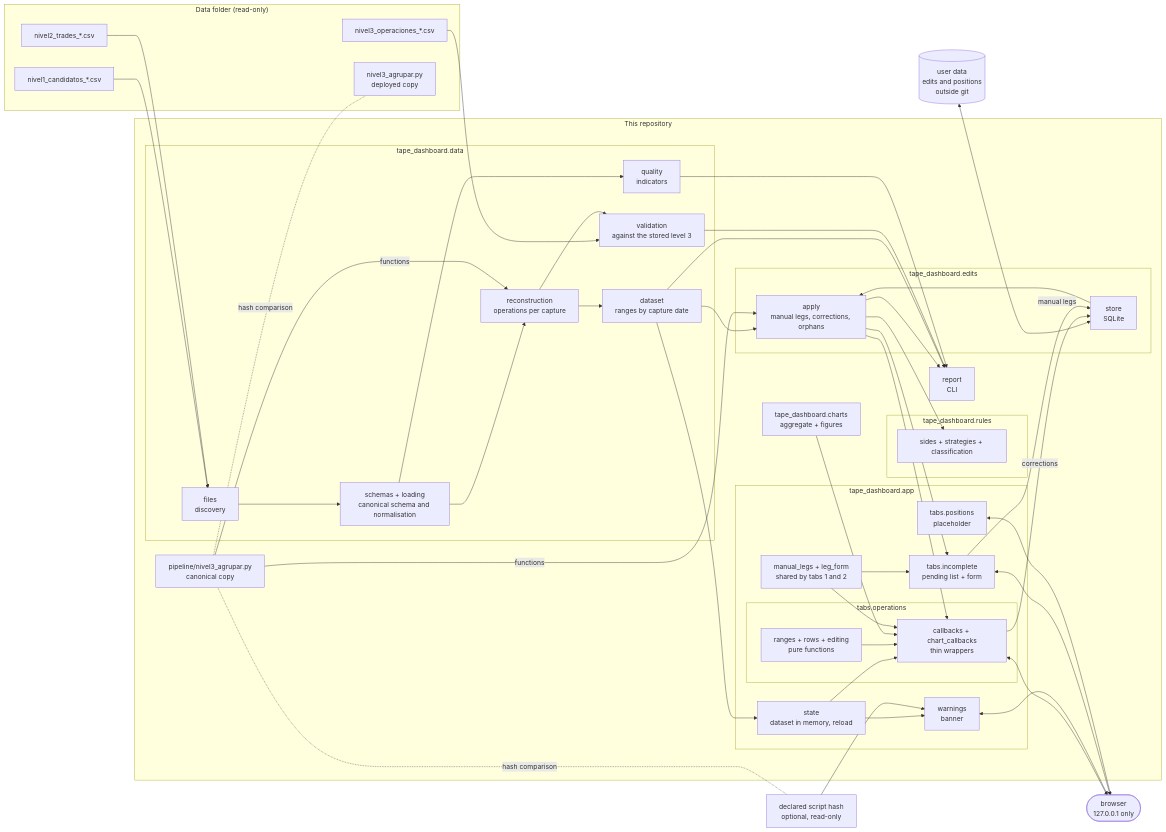
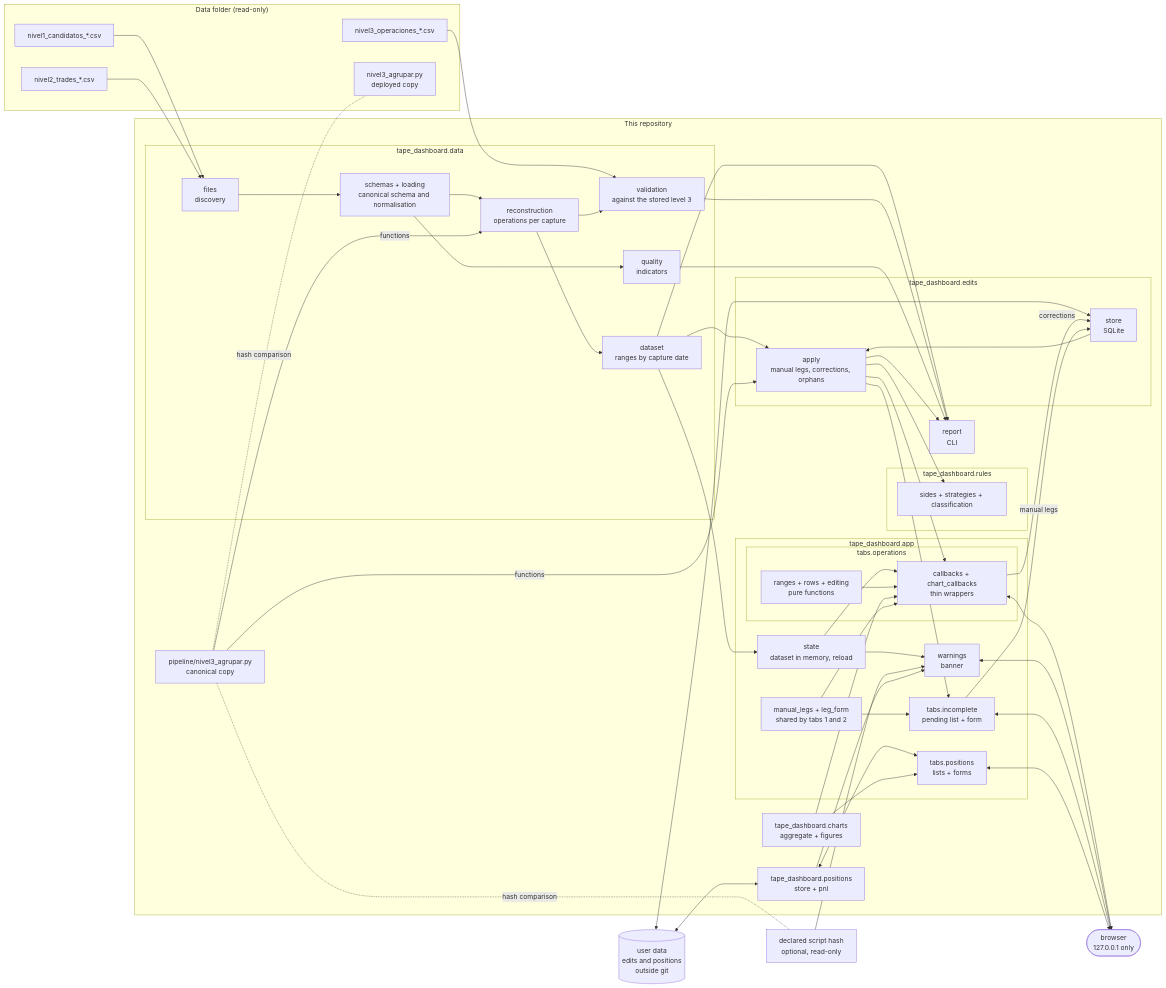
Before and after one commit to Promero20/options-tape-dashboard: the diagram in docs/architecture.md, drawn with Mermaid. The commit also changed other lines of this file and 7 other files, not shown here.

````diff
--- a/docs/architecture.md
+++ b/docs/architecture.md
@@ -3,70 +3,74 @@
 ```mermaid
 flowchart LR
     subgraph datafolder["Data folder (read-only)"]
         N1[nivel1_candidatos_*.csv]
         N2[nivel2_trades_*.csv]
         N3[nivel3_operaciones_*.csv]
         S[nivel3_agrupar.py<br/>deployed copy]
     end
 
     H[declared script hash<br/>optional, read-only]
 
     subgraph repo["This repository"]
         P[pipeline/nivel3_agrupar.py<br/>canonical copy]
         subgraph data["tape_dashboard.data"]
             F[files<br/>discovery]
             L[schemas + loading<br/>canonical schema and normalisation]
             R[reconstruction<br/>operations per capture]
             D[dataset<br/>ranges by capture date]
             V[validation<br/>against the stored level 3]
             Q[quality<br/>indicators]
         end
         subgraph rules["tape_dashboard.rules"]
             RULES[sides + strategies + classification]
         end
         subgraph edits["tape_dashboard.edits"]
             ST[store<br/>SQLite]
             AP[apply<br/>manual legs, corrections, orphans]
         end
         CH[tape_dashboard.charts<br/>aggregate + figures]
+        POS[tape_dashboard.positions<br/>store + pnl]
         subgraph app["tape_dashboard.app"]
             STATE[state<br/>dataset in memory, reload]
             W[warnings<br/>banner]
             subgraph tab1["tabs.operations"]
                 PURE[ranges + rows + editing<br/>pure functions]
                 CB[callbacks + chart_callbacks<br/>thin wrappers]
             end
             TAB2[tabs.incomplete<br/>pending list + form]
             ML[manual_legs + leg_form<br/>shared by tabs 1 and 2]
-            TABS[tabs.positions<br/>placeholder]
+            TAB3[tabs.positions<br/>lists + forms]
         end
         REP[report<br/>CLI]
     end
 
     B([browser<br/>127.0.0.1 only])
 
     U[(user data<br/>edits and positions<br/>outside git)]
 
     N1 & N2 --> F --> L --> R --> D
     N3 --> V
     P -- functions --> R
     P -. hash comparison .- S
     R --> V
     L --> Q
     D --> AP --> RULES
     U <--> ST --> AP
     P -- functions --> AP
     D --> STATE
     STATE --> W & CB
     P -. hash comparison .- H
     H --> W
     AP --> CB
     PURE --> CB
     CH --> CB
     CB -- corrections --> ST
     ML --> CB & TAB2
     AP --> TAB2
     TAB2 -- manual legs --> ST
-    CB & W & TAB2 & TABS <--> B
+    U <--> POS <--> TAB3
+    CH --> TAB3
+    POS --> W
+    CB & W & TAB2 & TAB3 <--> B
     D & V & Q & AP --> REP
 ```
````
